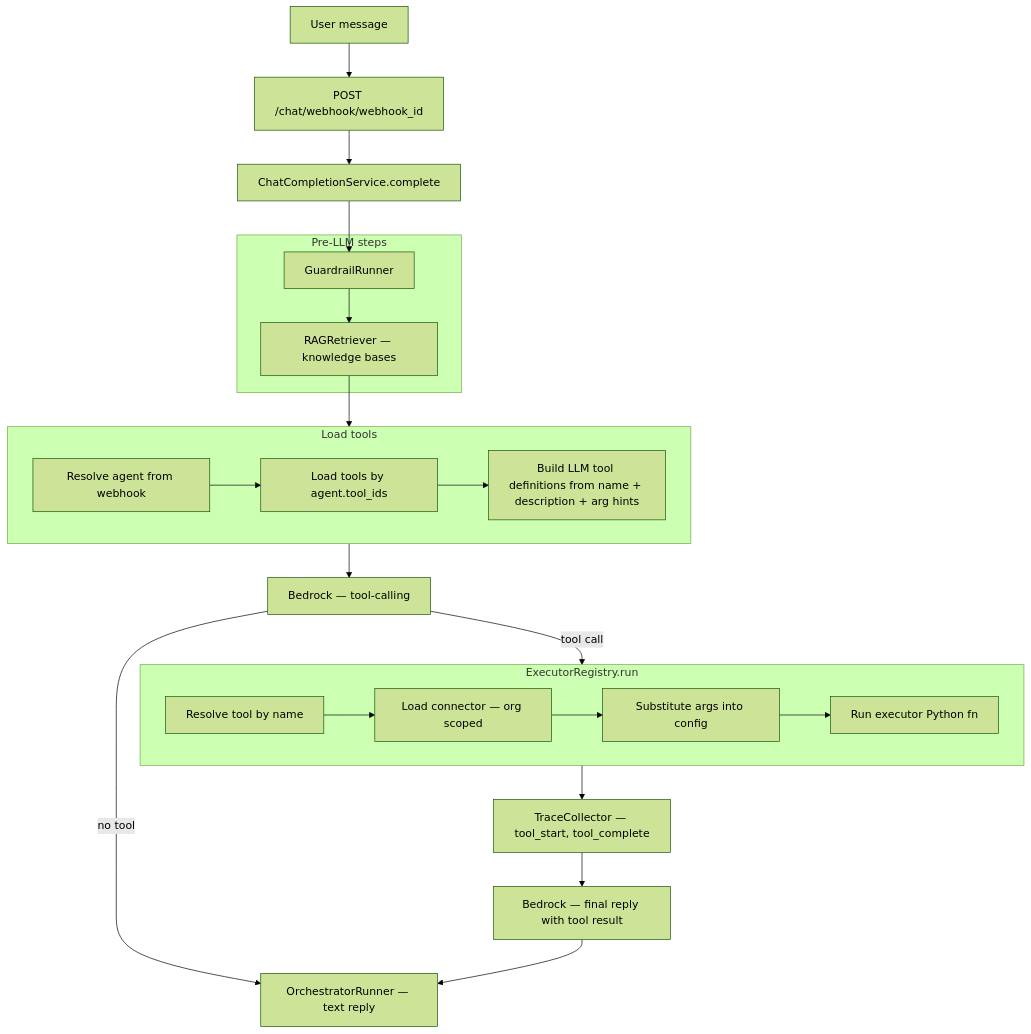
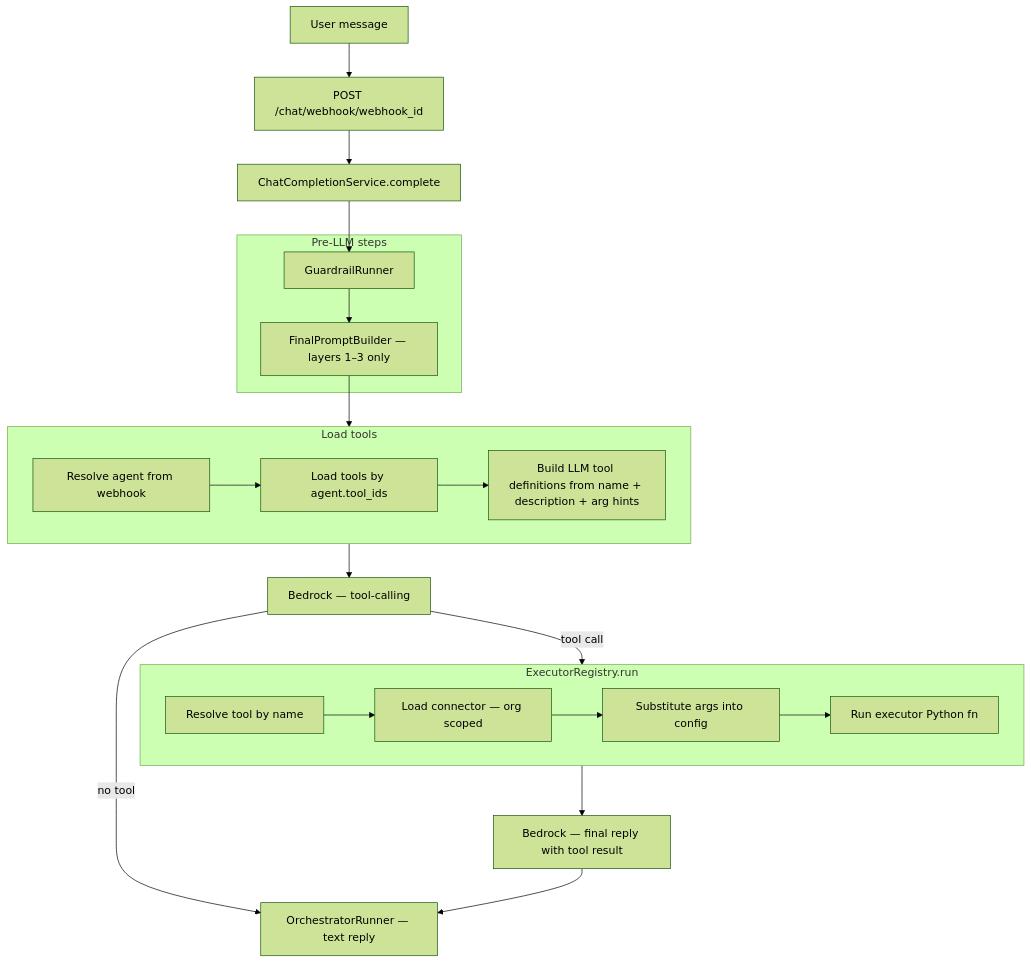
One commit to shehan-jayasinghe/bot-builder changed the first of 4 diagrams in backend/document/tools/03-execute-tool-at-chat-diagrams.md. Above: the diagram before and after it, drawn with Mermaid (forest theme). The commit also changed other lines of this file and 37 other files, not shown here.

Commit message:
feat: implement search knowledge tool and update agentic migration phases

````diff
--- a/backend/document/tools/03-execute-tool-at-chat-diagrams.md
+++ b/backend/document/tools/03-execute-tool-at-chat-diagrams.md
@@ -15,39 +15,38 @@
 ```mermaid
 flowchart TB
     USER[User message]
     CHAT[POST /chat/webhook/webhook_id]
     PIPE[ChatCompletionService.complete]
 
     USER --> CHAT --> PIPE
 
     subgraph PRE["Pre-LLM steps"]
         G[GuardrailRunner]
-        R[RAGRetriever — knowledge bases]
+        P[FinalPromptBuilder — layers 1–3 only]
     end
 
-    PIPE --> G --> R --> LOAD
+    PIPE --> G --> P --> LOAD
 
     subgraph LOAD["Load tools"]
         L1[Resolve agent from webhook]
         L2[Load tools by agent.tool_ids]
         L3[Build LLM tool definitions from name + description + arg hints]
         L1 --> L2 --> L3
     end
 
     LOAD --> LLM[Bedrock — tool-calling]
 
     LLM -->|no tool| REPLY[OrchestratorRunner — text reply]
     LLM -->|tool call| EXEC
 
     subgraph EXEC["ExecutorRegistry.run"]
         E1[Resolve tool by name]
         E2[Load connector — org scoped]
         E3[Substitute args into config]
         E4[Run executor Python fn]
         E1 --> E2 --> E3 --> E4
     end
 
-    EXEC --> TRACE[TraceCollector — tool_start, tool_complete]
-    TRACE --> LLM2[Bedrock — final reply with tool result]
+    EXEC --> LLM2[Bedrock — final reply with tool result]
     LLM2 --> REPLY
 ```
````
